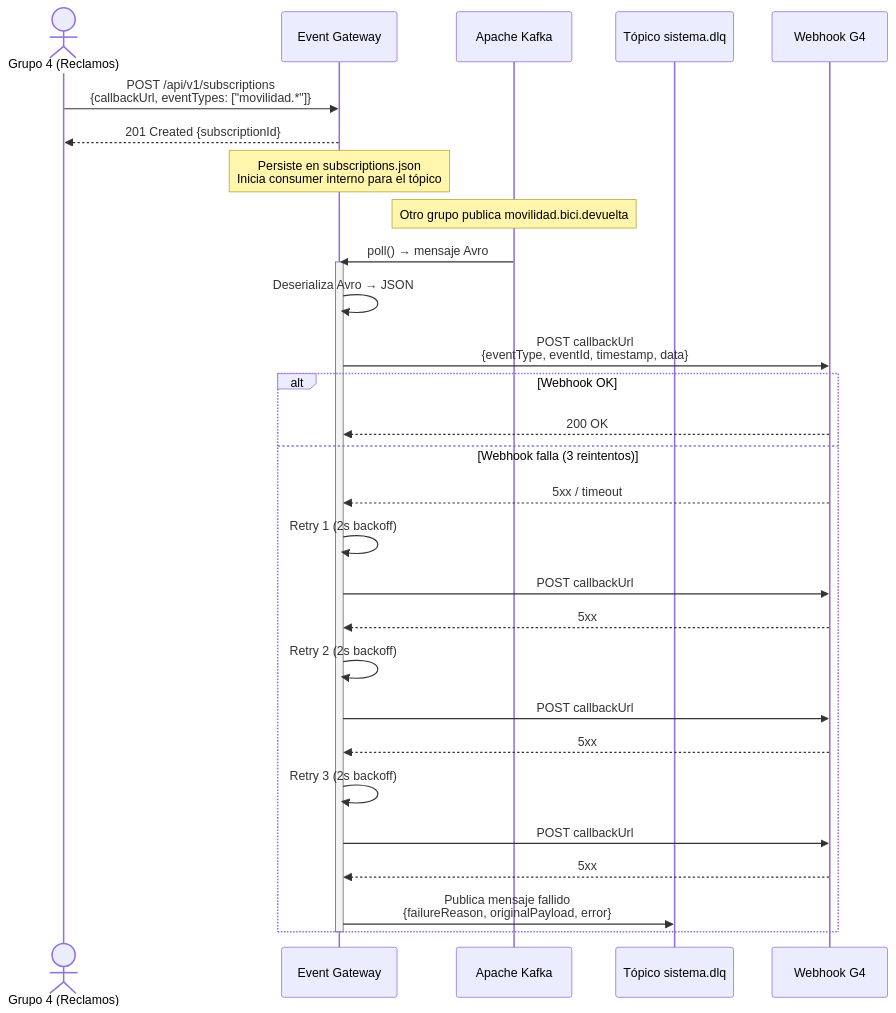
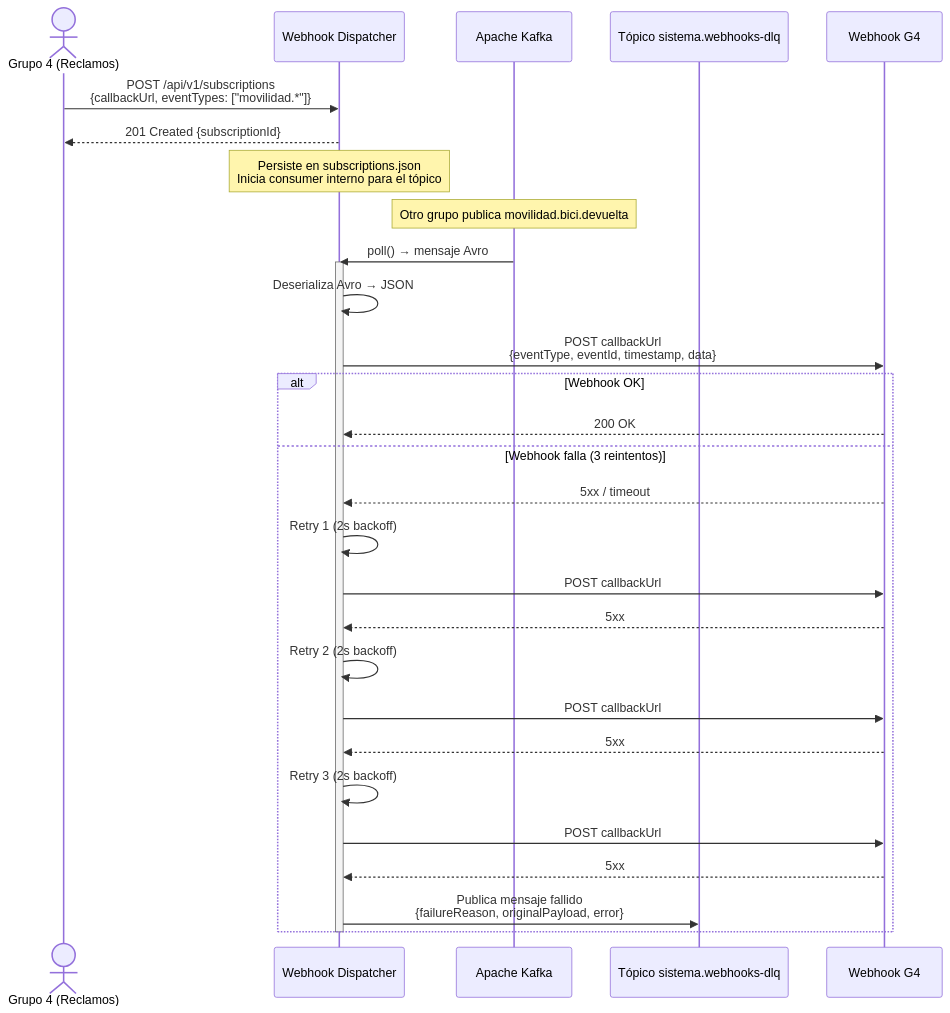
Before and after one commit to carlos-illobre/citypass-event-gateway: the second of 3 diagrams in docs/diagrams/secuencias.md, drawn with Mermaid. The commit also changed other lines of this file and 111 other files, not shown here.

````diff
--- a/docs/diagrams/secuencias.md
+++ b/docs/diagrams/secuencias.md
@@ -44,37 +49,37 @@
 ```mermaid
 sequenceDiagram
     actor G4 as Grupo 4 (Reclamos)
-    participant Proxy as Event Gateway
+    participant Proxy as Webhook Dispatcher
     participant Kafka as Apache Kafka
-    participant DLQ as Tópico sistema.dlq
+    participant DLQ as Tópico sistema.webhooks-dlq
     participant Hook as Webhook G4
 
     G4->>Proxy: POST /api/v1/subscriptions<br/>{callbackUrl, eventTypes: ["movilidad.*"]}
     Proxy-->>G4: 201 Created {subscriptionId}
     Note over Proxy: Persiste en subscriptions.json<br/>Inicia consumer interno para el tópico
 
     Note over Kafka: Otro grupo publica movilidad.bici.devuelta
 
     Kafka->>Proxy: poll() → mensaje Avro
     activate Proxy
     Proxy->>Proxy: Deserializa Avro → JSON
 
     Proxy->>Hook: POST callbackUrl<br/>{eventType, eventId, timestamp, data}
     
     alt Webhook OK
         Hook-->>Proxy: 200 OK
     else Webhook falla (3 reintentos)
         Hook-->>Proxy: 5xx / timeout
         Proxy->>Proxy: Retry 1 (2s backoff)
         Proxy->>Hook: POST callbackUrl
         Hook-->>Proxy: 5xx
         Proxy->>Proxy: Retry 2 (2s backoff)
         Proxy->>Hook: POST callbackUrl
         Hook-->>Proxy: 5xx
         Proxy->>Proxy: Retry 3 (2s backoff)
         Proxy->>Hook: POST callbackUrl
         Hook-->>Proxy: 5xx
         Proxy->>DLQ: Publica mensaje fallido<br/>{failureReason, originalPayload, error}
     end
     deactivate Proxy
 ```
````
